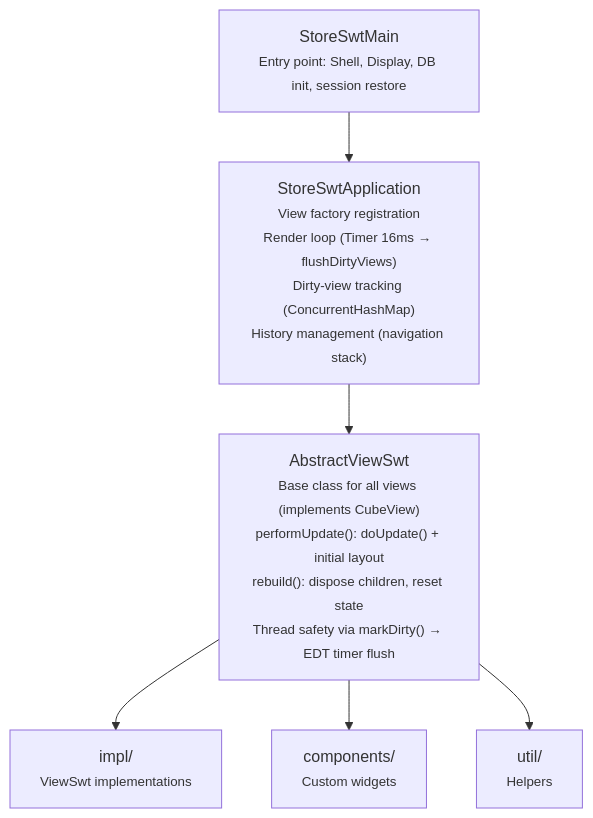
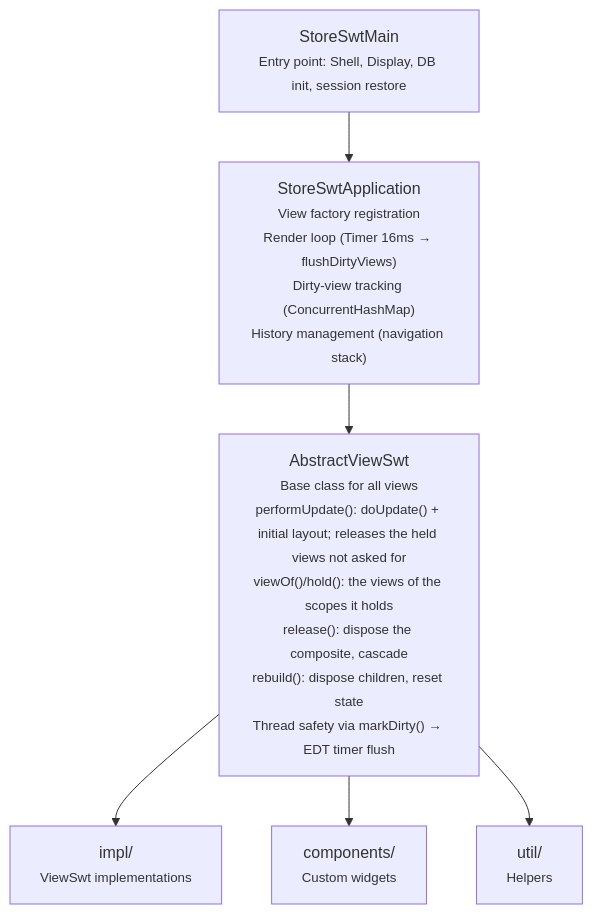
Before and after one commit to mrcdom/wdc-cube-java-v2: the first of 3 diagrams in fontes/br.com.wdc.store/br.com.wdc.store.view.swt/README.md, drawn with Mermaid. The commit also changed other lines of this file and 67 other files, not shown here.

First line of the commit message:
♻️ [REFACTOR] the cube knows only scopes; each rendering technology releases its views

````diff
--- a/fontes/br.com.wdc.store/br.com.wdc.store.view.swt/README.md
+++ b/fontes/br.com.wdc.store/br.com.wdc.store.view.swt/README.md
@@ -8,9 +8,9 @@
 ```mermaid
 graph TD
     Main["StoreSwtMain<br/><small>Entry point: Shell, Display, DB init, session restore</small>"]
     Main --> App["StoreSwtApplication<br/><small>View factory registration<br/>Render loop (Timer 16ms → flushDirtyViews)<br/>Dirty-view tracking (ConcurrentHashMap)<br/>History management (navigation stack)</small>"]
-    App --> Base["AbstractViewSwt<br/><small>Base class for all views (implements CubeView)<br/>performUpdate(): doUpdate() + initial layout<br/>rebuild(): dispose children, reset state<br/>Thread safety via markDirty() → EDT timer flush</small>"]
+    App --> Base["AbstractViewSwt<br/><small>Base class for all views<br/>performUpdate(): doUpdate() + initial layout; releases the held views not asked for<br/>viewOf()/hold(): the views of the scopes it holds<br/>release(): dispose the composite, cascade<br/>rebuild(): dispose children, reset state<br/>Thread safety via markDirty() → EDT timer flush</small>"]
     Base --> Impl["impl/<br/><small>ViewSwt implementations</small>"]
     Base --> Components["components/<br/><small>Custom widgets</small>"]
     Base --> Util["util/<br/><small>Helpers</small>"]
 ```
````
